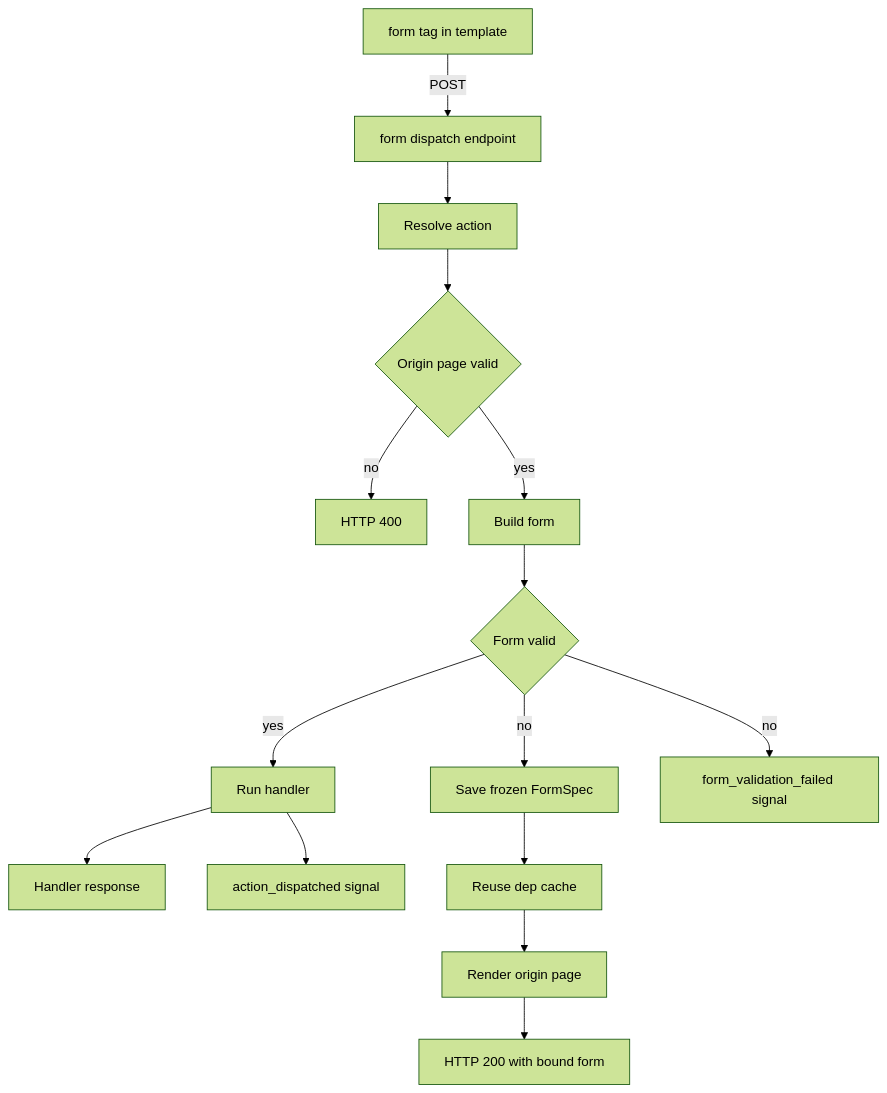
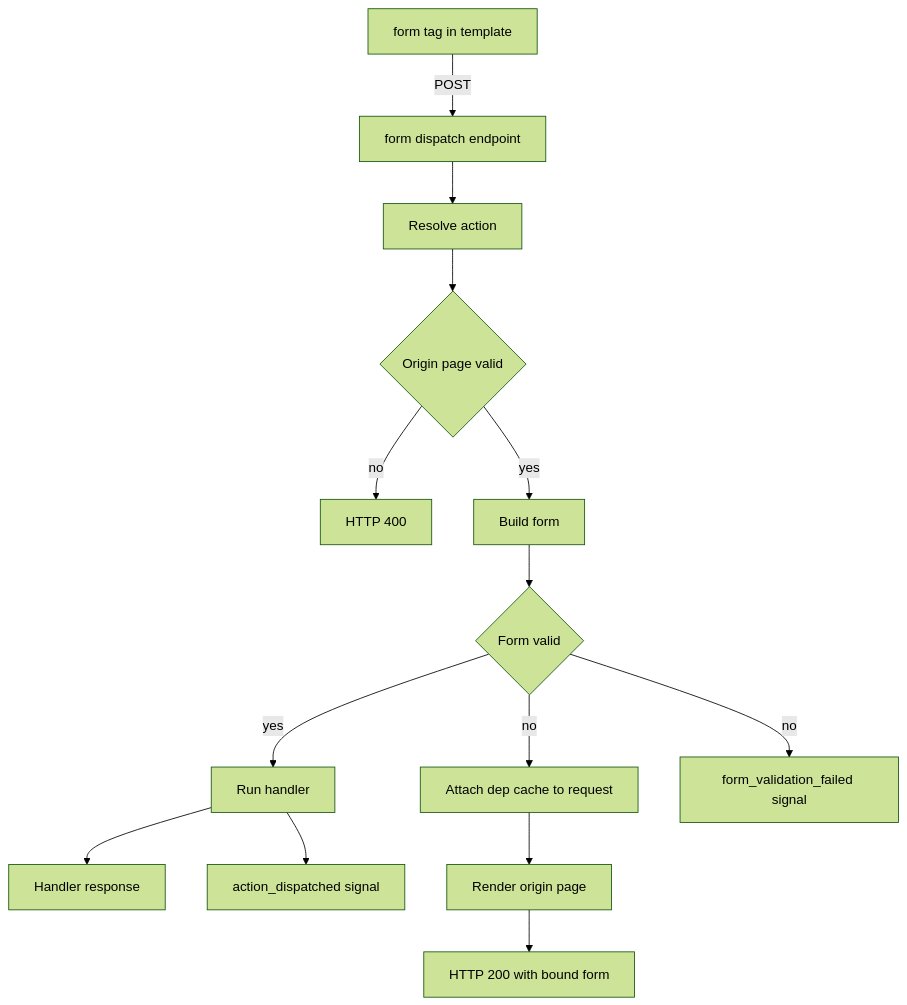
The diagram in docs/content/internals/action-dispatch.rst (next-dj/next-dj), drawn with Mermaid (forest theme) before and after one commit. The commit also changed other lines of this file and 104 other files, not shown here.

```diff
--- a/docs/content/internals/action-dispatch.rst
+++ b/docs/content/internals/action-dispatch.rst
@@ -22,17 +22,16 @@
 .. mermaid::
 
    flowchart TB
        Template["form tag in template"] -- POST --> Endpoint["form dispatch endpoint"]
        Endpoint --> Lookup["Resolve action"]
        Lookup --> Origin{"Origin page valid"}
        Origin -- no --> BadRequest["HTTP 400"]
        Origin -- yes --> Build["Build form"]
        Build --> Validate{"Form valid"}
        Validate -- yes --> Handler["Run handler"]
        Handler --> Response["Handler response"]
-       Validate -- no --> FrozenSpec["Save frozen FormSpec"]
-       FrozenSpec --> ShareCache["Reuse dep cache"]
+       Validate -- no --> ShareCache["Attach dep cache to request"]
        ShareCache --> RenderOrigin["Render origin page"]
        RenderOrigin --> RerenderHTML["HTTP 200 with bound form"]
        Handler --> ActionDispatched["action_dispatched signal"]
        Validate -- no --> FormFailed["form_validation_failed signal"]
```
